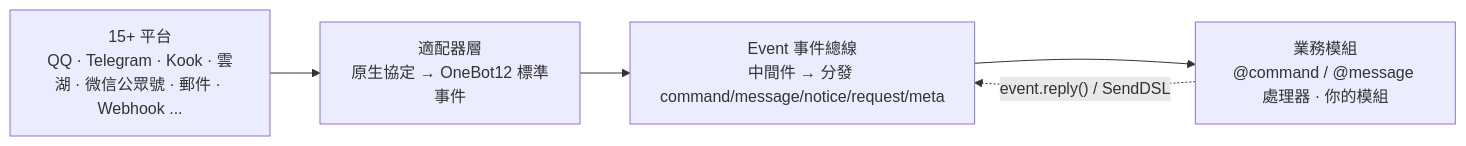
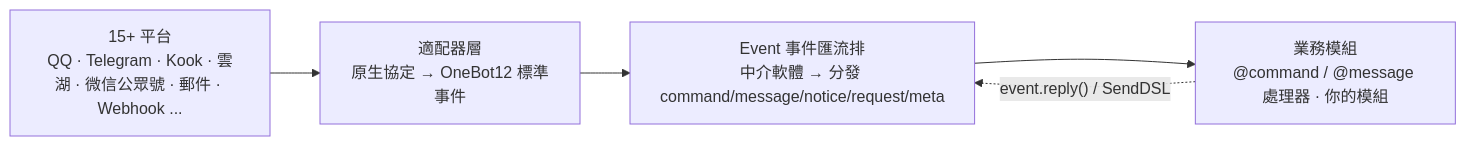
One commit to ErisPulse/ErisPulse changed the first of 2 diagrams in README.zh-TW.md. Above: the diagram before and after it, drawn with Mermaid. The commit also changed other lines of this file and 4 other files, not shown here.

````diff
--- a/README.zh-TW.md
+++ b/README.zh-TW.md
@@ -111,9 +111,9 @@
 ```mermaid
 graph LR
     P["15+ 平台<br/>QQ · Telegram · Kook · 雲湖 · 微信公眾號 · 郵件 · Webhook ..."]
     A["適配器層<br/>原生協定 → OneBot12 標準事件"]
-    Event["Event 事件總線<br/>中間件 → 分發 command/message/notice/request/meta"]
+    Event["Event 事件匯流排<br/>中介軟體 → 分發 command/message/notice/request/meta"]
     M["業務模組<br/>@command / @message 處理器 · 你的模組"]
     P --> A --> Event --> M
     M -.->|"event.reply() / SendDSL"| Event
 ```
````
